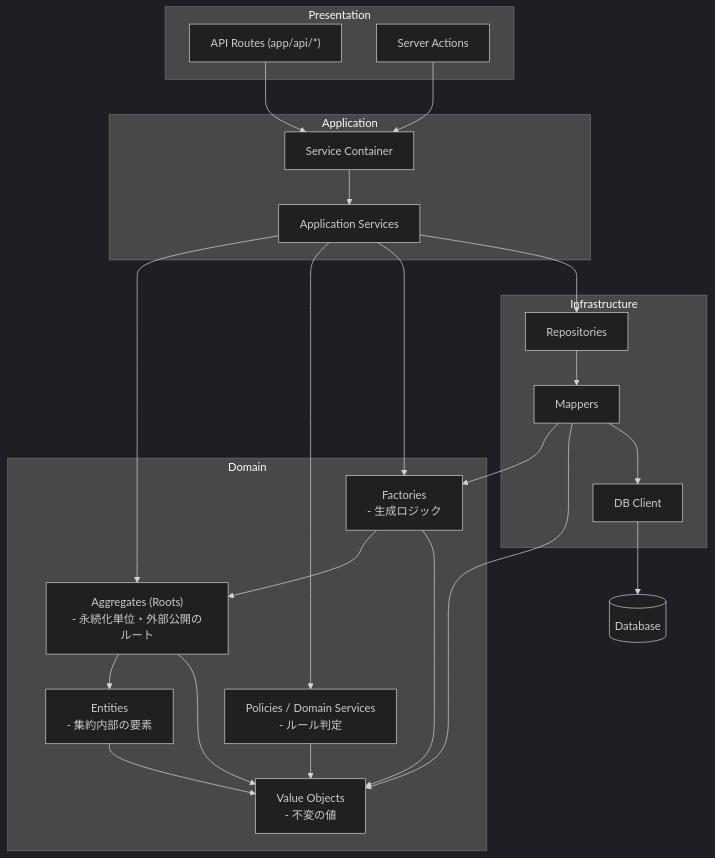
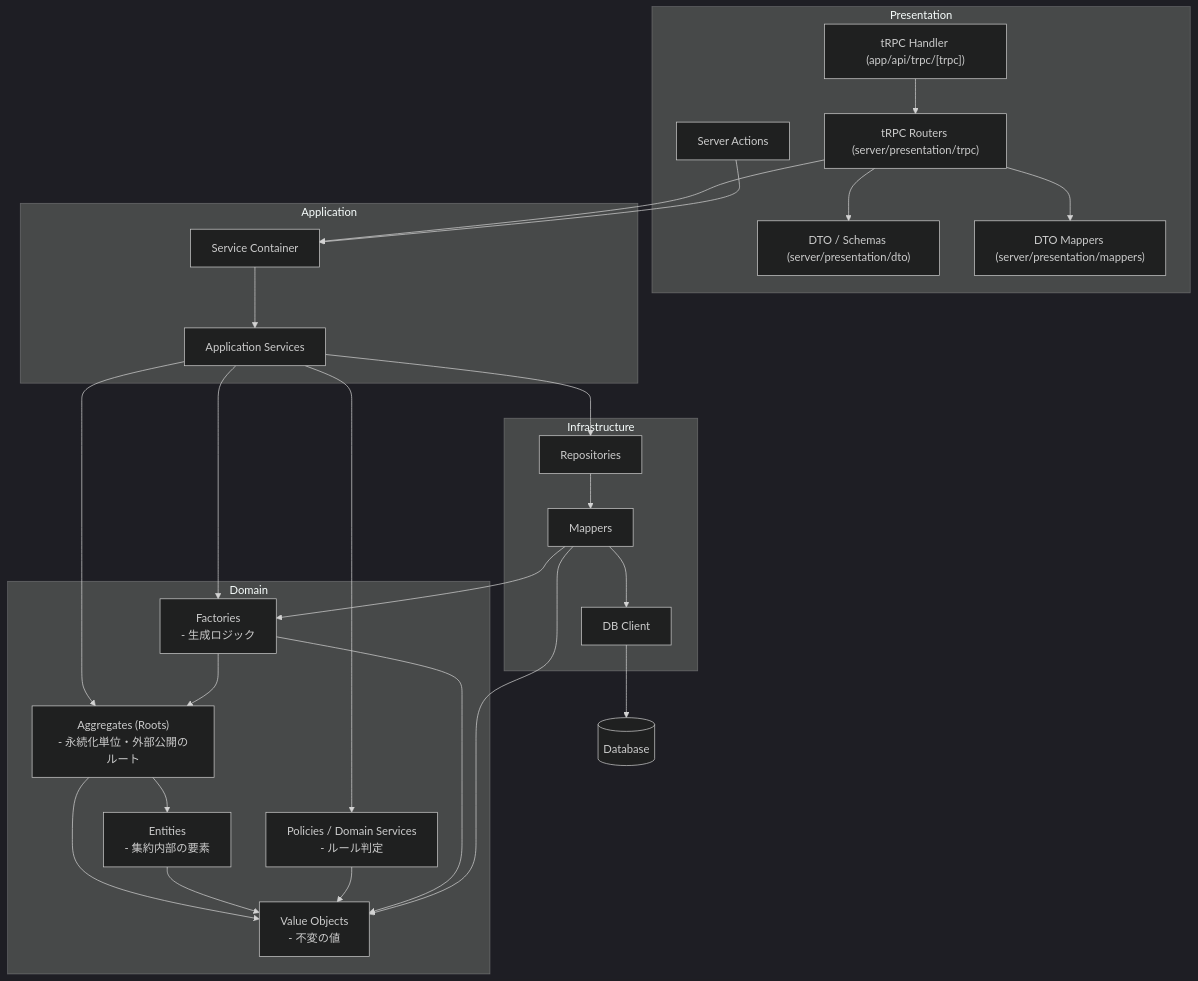
The first of 2 diagrams in docs/design/08_architecture_overview.md (leafeon-b/shogi-ken-log), drawn with Mermaid (dark theme) before and after one commit. The commit also changed other lines of this file and 2 other files, not shown here.

Commit message:
リファクタリングと設計変更をドキュメントに反映

````diff
--- a/docs/design/08_architecture_overview.md
+++ b/docs/design/08_architecture_overview.md
@@ -9,47 +9,53 @@
 ```mermaid
 graph TD
   subgraph Presentation["Presentation"]
-    API["API Routes (app/api/*)"]
+    Handler["tRPC Handler (app/api/trpc/[trpc])"]
+    Routers["tRPC Routers (server/presentation/trpc)"]
+    DTO["DTO / Schemas (server/presentation/dto)"]
+    PMappers["DTO Mappers (server/presentation/mappers)"]
     SA["Server Actions"]
   end
 
   subgraph Application["Application"]
     Container["Service Container"]
     Services["Application Services"]
   end
 
   subgraph Domain["Domain"]
     Entities["Aggregates (Roots)<br/>- 永続化単位・外部公開のルート"]
     InternalEntities["Entities<br/>- 集約内部の要素"]
     ValueObjects["Value Objects<br/>- 不変の値"]
     Policies["Policies / Domain Services<br/>- ルール判定"]
     Factories["Factories<br/>- 生成ロジック"]
   end
 
   subgraph Infrastructure["Infrastructure"]
     Repos["Repositories"]
     Mappers["Mappers"]
     Client["DB Client"]
   end
 
   DB[(Database)]
 
-  API --> Container
+  Handler --> Routers
+  Routers --> Container
   SA --> Container
+  Routers --> DTO
+  Routers --> PMappers
   Container --> Services
   Services --> Entities
   Services --> Policies
   Services --> Factories
   Services --> Repos
   Entities --> InternalEntities
   Entities --> ValueObjects
   InternalEntities --> ValueObjects
   Policies --> ValueObjects
   Factories --> Entities
   Factories --> ValueObjects
   Repos --> Mappers
   Mappers --> Factories
   Mappers --> ValueObjects
   Mappers --> Client
   Client --> DB
 ```
````
